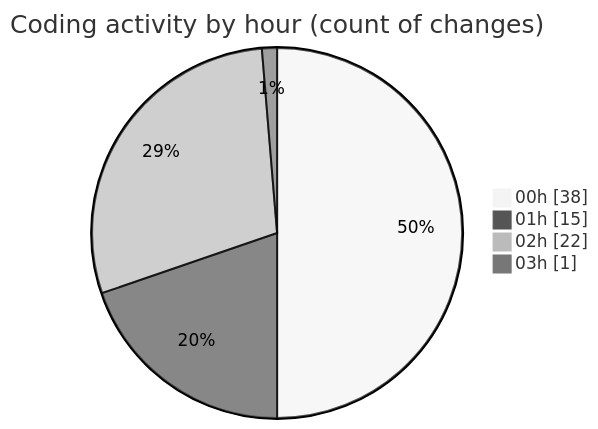
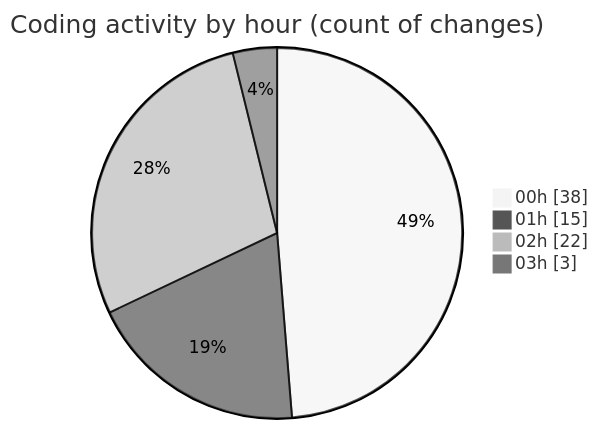
The second of 2 diagrams in 2025-03-08/uber_clone/README.md (donsfak/code-tracking), drawn with Mermaid (neutral theme) before and after one commit. The commit also changed other lines of this file and 1 other file, not shown here.

````diff
--- a/2025-03-08/uber_clone/README.md
+++ b/2025-03-08/uber_clone/README.md
@@ -34,8 +34,8 @@
 ```mermaid
 pie showData
 title Coding activity by hour (count of changes)
 "00h" : 38
 "01h" : 15
 "02h" : 22
-"03h" : 1
+"03h" : 3
 ```
````
